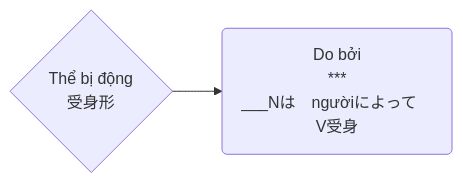
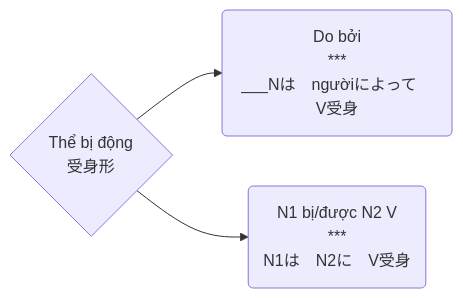
Before and after one commit to tea1504/learn: the diagram in The/受身形.md, drawn with Mermaid. The commit also changed 12 other files, not shown here.

````diff
--- a/The/受身形.md
+++ b/The/受身形.md
@@ -1,6 +1,7 @@
 ```mermaid
 graph LR;
     V{Thể bị động\n受身形}
 
     V-->doBoi(Do bởi\n***\n___Nは　ngườiによって　V受身)
+    V-->N1BiDuocN2V(N1 bị/được N2 V\n***\nN1は　N2に　V受身)
 ```
````
